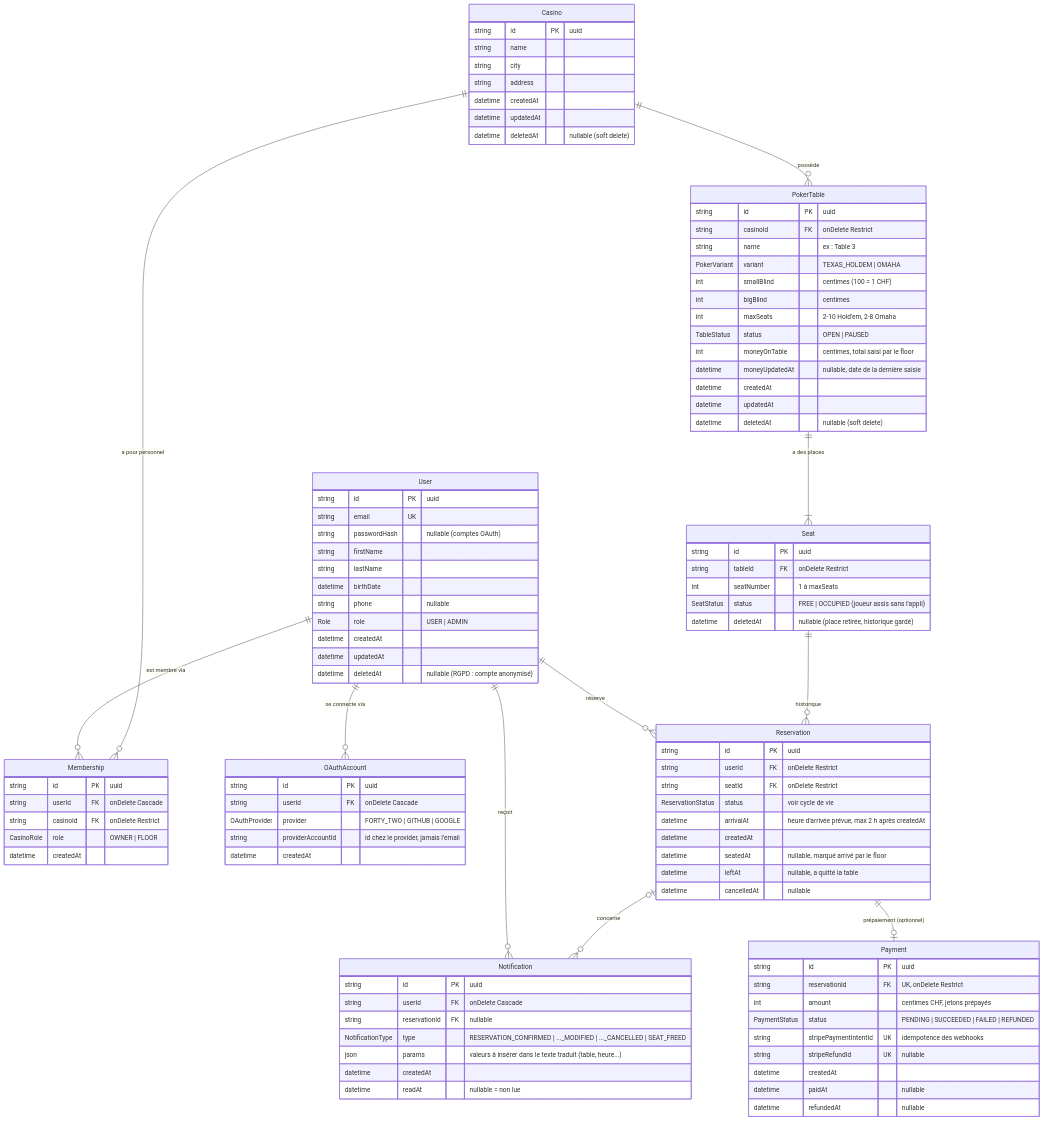
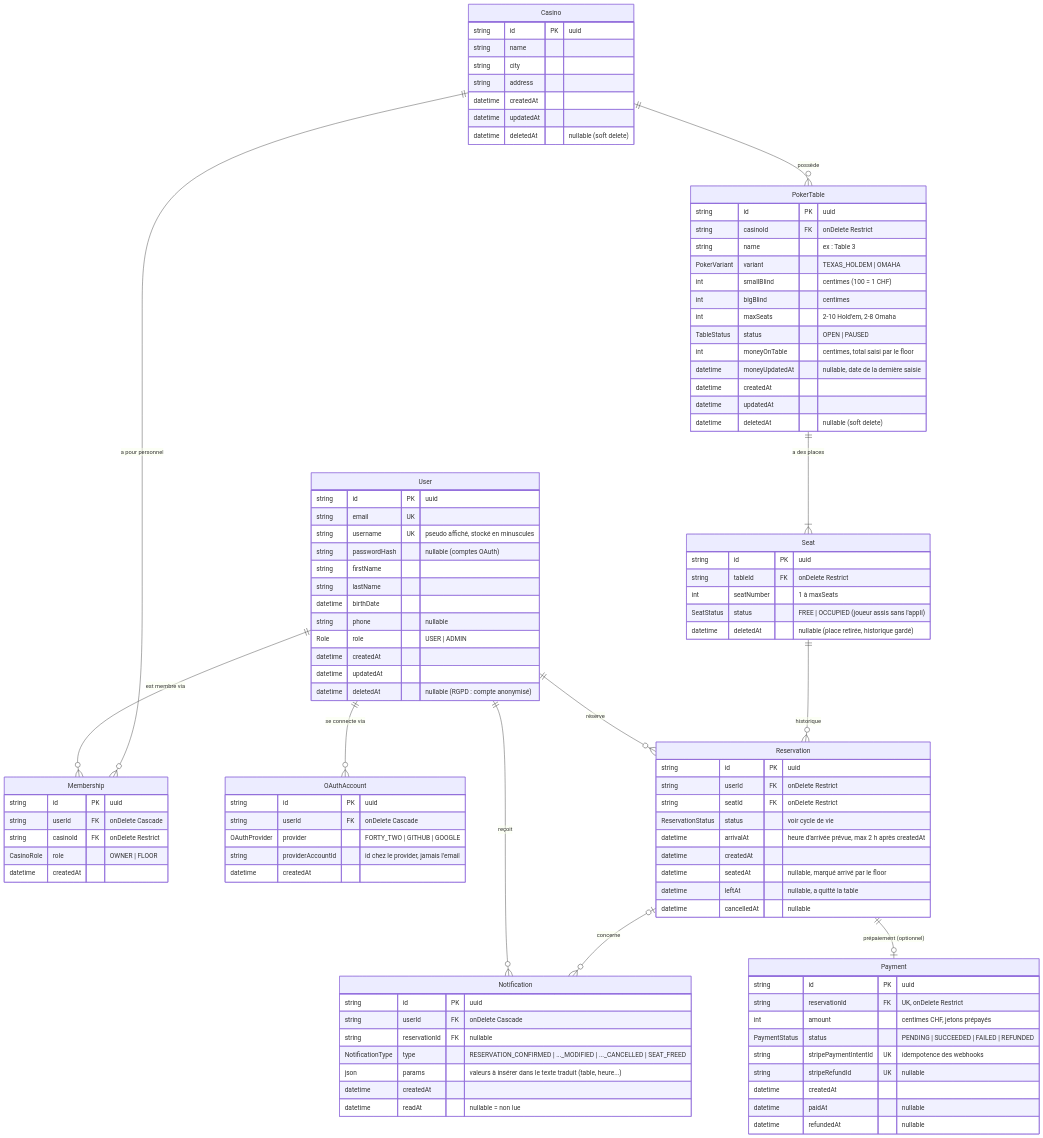
The first of 2 diagrams in docs/db-schema.md (Les-razmokets/42-transcendence), drawn with Mermaid before and after one commit. The commit also changed other lines of this file, not shown here.

```diff
--- a/docs/db-schema.md
+++ b/docs/db-schema.md
@@ -21,6 +21,7 @@
     User {
         string id PK "uuid"
         string email UK
+        string username UK "pseudo affiché, stocké en minuscules"
         string passwordHash "nullable (comptes OAuth)"
         string firstName
         string lastName
```
